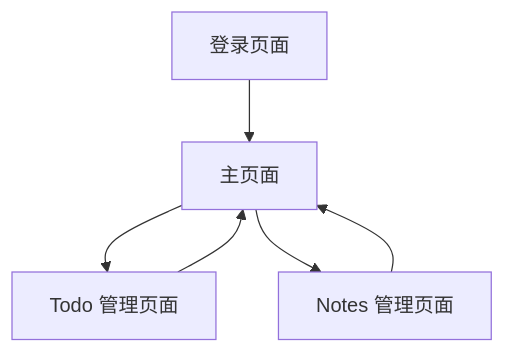
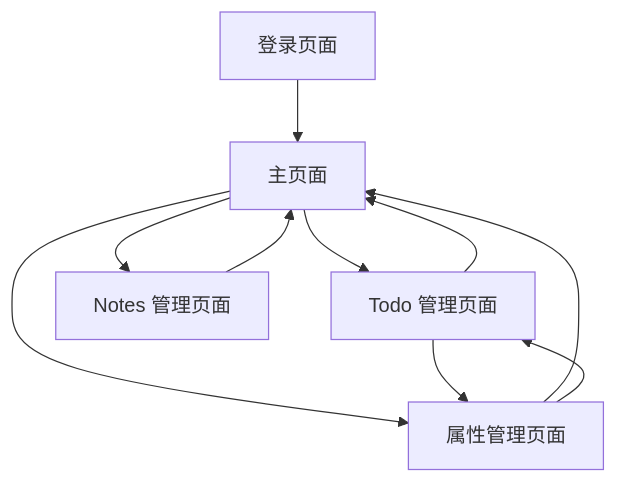
One commit to sehor/todo-note changed the diagram in .trae/documents/product_requirements.md. Above: the diagram before and after it, drawn with Mermaid. The commit also changed other lines of this file and 13 other files, not shown here.

````diff
--- a/.trae/documents/product_requirements.md
+++ b/.trae/documents/product_requirements.md
@@ -47,8 +52,12 @@
 ```mermaid
 graph TD
   A[登录页面] --> B[主页面]
   B --> C[Todo 管理页面]
   B --> D[Notes 管理页面]
+  B --> E[属性管理页面]
   C --> B
   D --> B
+  E --> B
+  C --> E
+  E --> C
 ```
````
